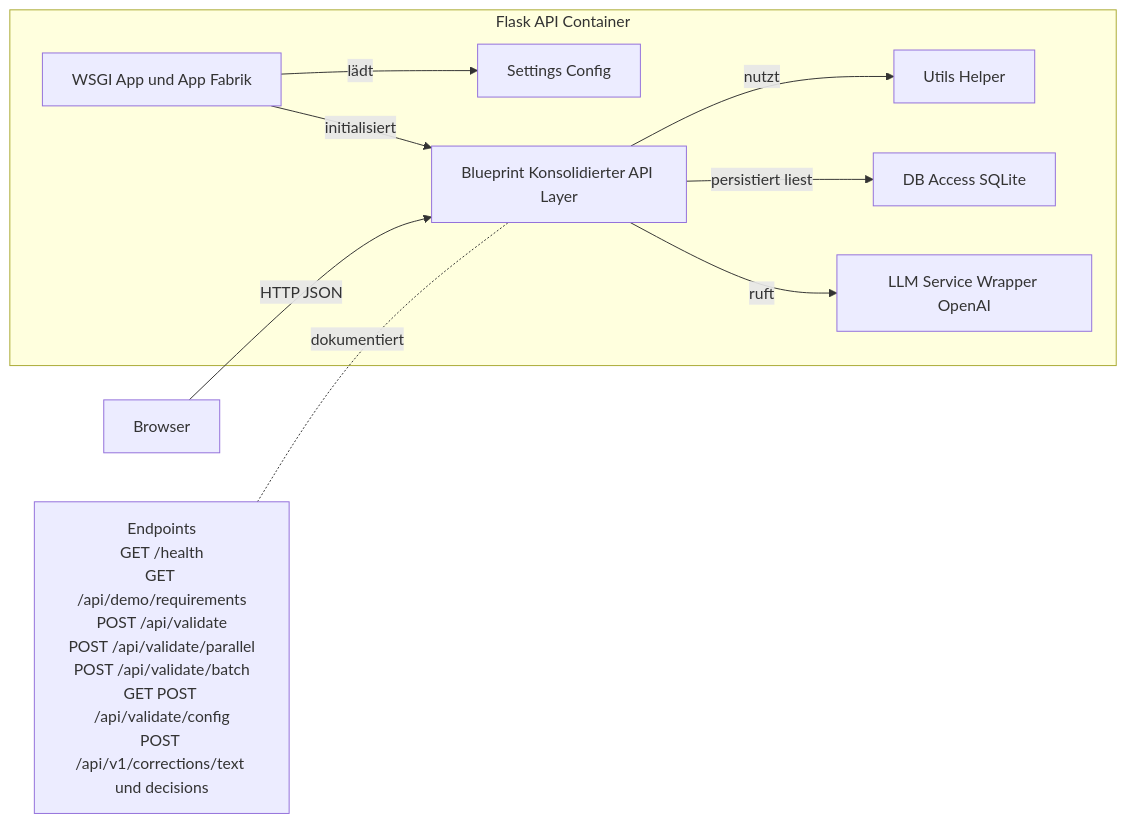
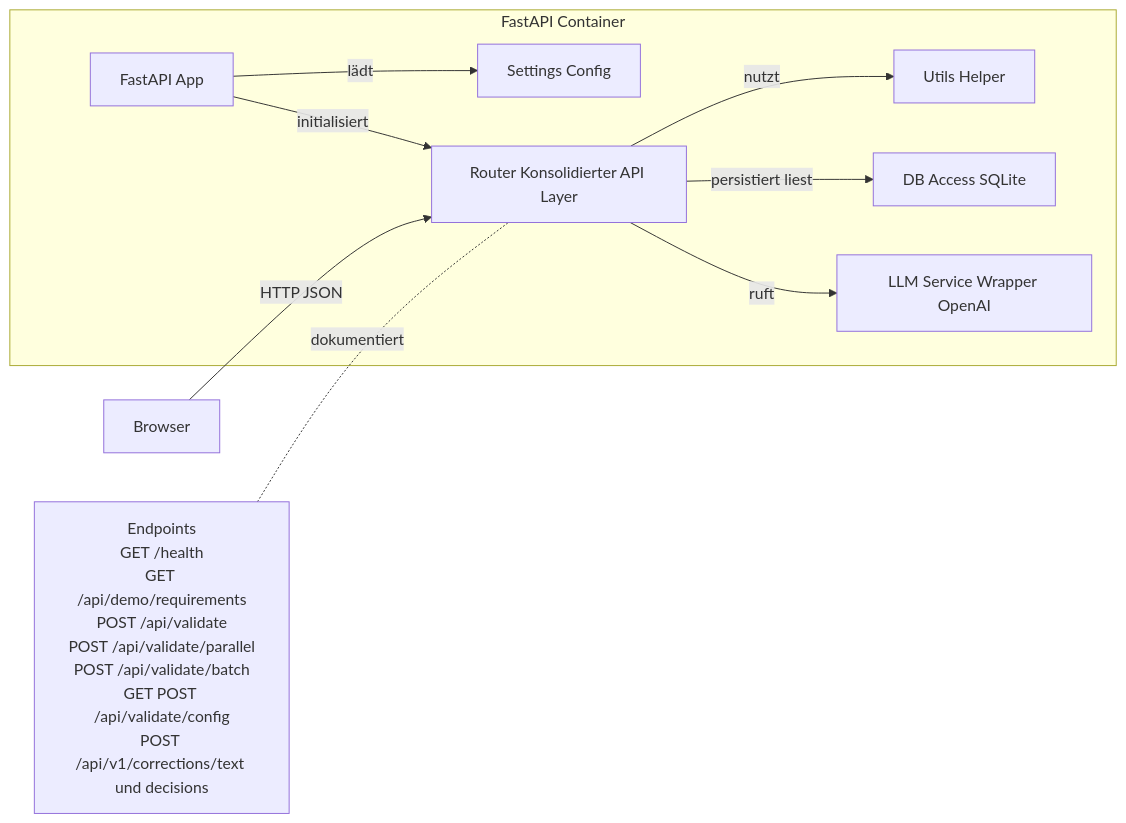
The fourth of 5 diagrams in docs/architecture/C4.md (Flissel/-req-orchestrator), drawn with Mermaid before and after one commit. The commit also changed other lines of this file and 18 other files, not shown here.

First line of the commit message:
docs: remove stale internal docs and fix 305 backend_app/Flask/Gunicorn refs

````diff
--- a/docs/architecture/C4.md
+++ b/docs/architecture/C4.md
@@ -81,22 +81,22 @@
 ```mermaid
 flowchart LR
-  subgraph Flask API Container
-    api_layer[Blueprint Konsolidierter API Layer]
+  subgraph FastAPI Container
+    api_layer[Router Konsolidierter API Layer]
     llm_service[LLM Service Wrapper OpenAI]
     db_access[DB Access SQLite]
     settings[Settings Config]
     utils[Utils Helper]
-    wsgi[WSGI App und App Fabrik]
+    main_app[FastAPI App]
   end
 
   browser[Browser]
   browser -->|HTTP JSON| api_layer
-  wsgi -->|initialisiert| api_layer
-  wsgi -->|lädt| settings
+  main_app -->|initialisiert| api_layer
+  main_app -->|lädt| settings
   api_layer -->|ruft| llm_service
   api_layer -->|persistiert liest| db_access
   api_layer -->|nutzt| utils
 
   endpoints[Endpoints<br/>GET /health<br/>GET /api/demo/requirements<br/>POST /api/validate<br/>POST /api/validate/parallel<br/>POST /api/validate/batch<br/>GET POST /api/validate/config<br/>POST /api/v1/corrections/text und decisions]
   endpoints -. dokumentiert .- api_layer
 ```
````
